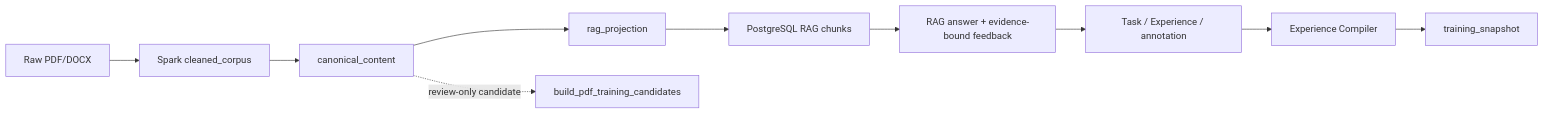
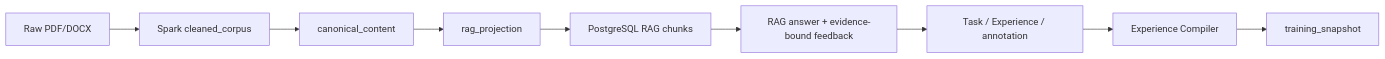
One commit to jiayingsong2023/DataAlchemy changed the diagram in docs/RAG_AND_TRAINING_DATA_BOUNDARY_DESIGN.md. Above: the diagram before and after it, drawn with Mermaid. The commit also changed other lines of this file and 8 other files, not shown here.

Commit message:
feat: add RTD4 joint gate and retire PDF candidate path

````diff
--- a/docs/RAG_AND_TRAINING_DATA_BOUNDARY_DESIGN.md
+++ b/docs/RAG_AND_TRAINING_DATA_BOUNDARY_DESIGN.md
@@ -28,12 +28,11 @@
 ```mermaid
 flowchart LR
     A[Raw PDF/DOCX] --> B[Spark cleaned_corpus]
     B --> C[canonical_content]
     C --> D[rag_projection]
     D --> E[PostgreSQL RAG chunks]
     E --> F[RAG answer + evidence-bound feedback]
-    C -. review-only candidate .-> G[build_pdf_training_candidates]
     F --> H[Task / Experience / annotation]
     H --> I[Experience Compiler]
     I --> J[training_snapshot]
 ```
````
